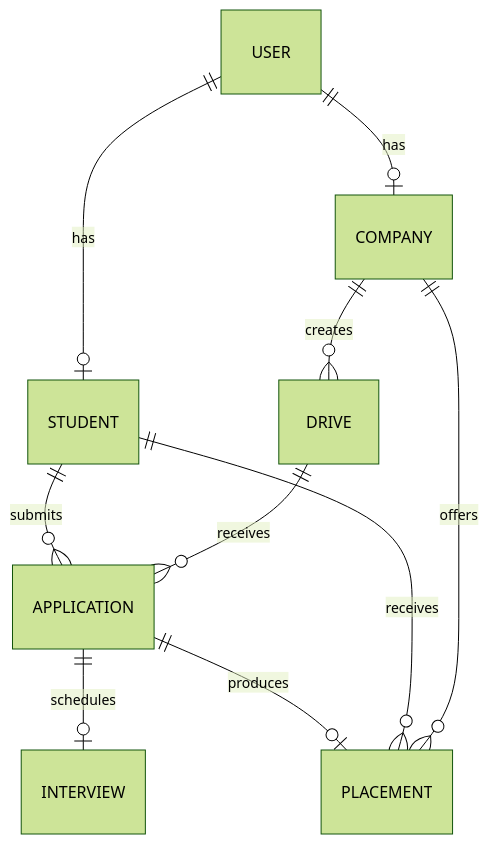
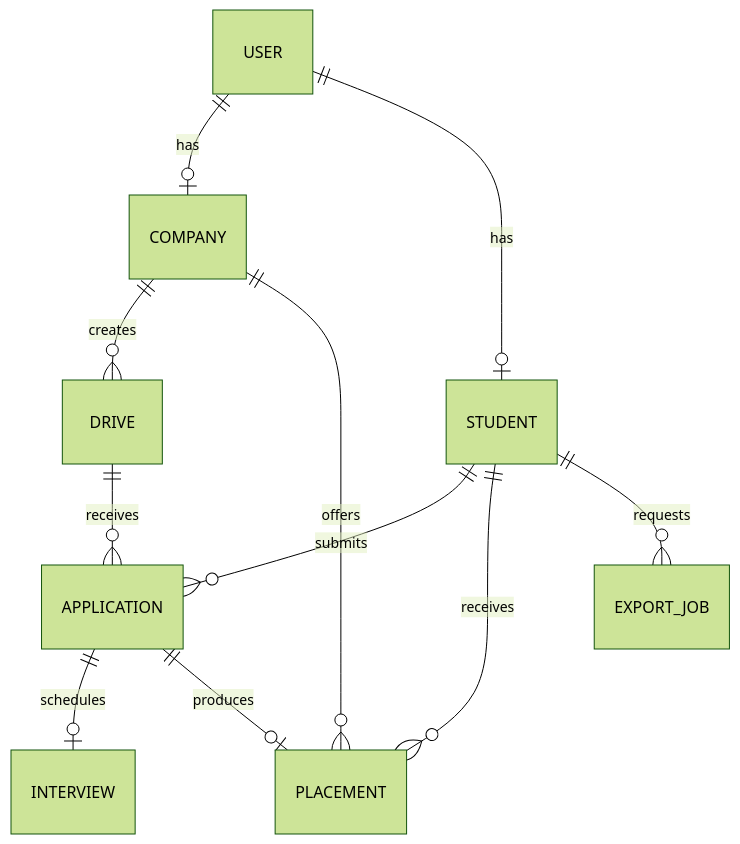
The diagram in README.md (23f2000465/Placement-Portal-Application---V2), drawn with Mermaid (forest theme) before and after one commit. The commit also changed other lines of this file and 15 other files, not shown here.

````diff
--- a/README.md
+++ b/README.md
@@ -28,12 +80,13 @@
 ```mermaid
 erDiagram
     USER ||--o| COMPANY : has
     USER ||--o| STUDENT : has
     COMPANY ||--o{ DRIVE : creates
     STUDENT ||--o{ APPLICATION : submits
     DRIVE ||--o{ APPLICATION : receives
     APPLICATION ||--o| INTERVIEW : schedules
     APPLICATION ||--o| PLACEMENT : produces
     STUDENT ||--o{ PLACEMENT : receives
     COMPANY ||--o{ PLACEMENT : offers
+    STUDENT ||--o{ EXPORT_JOB : requests
 ```
````
